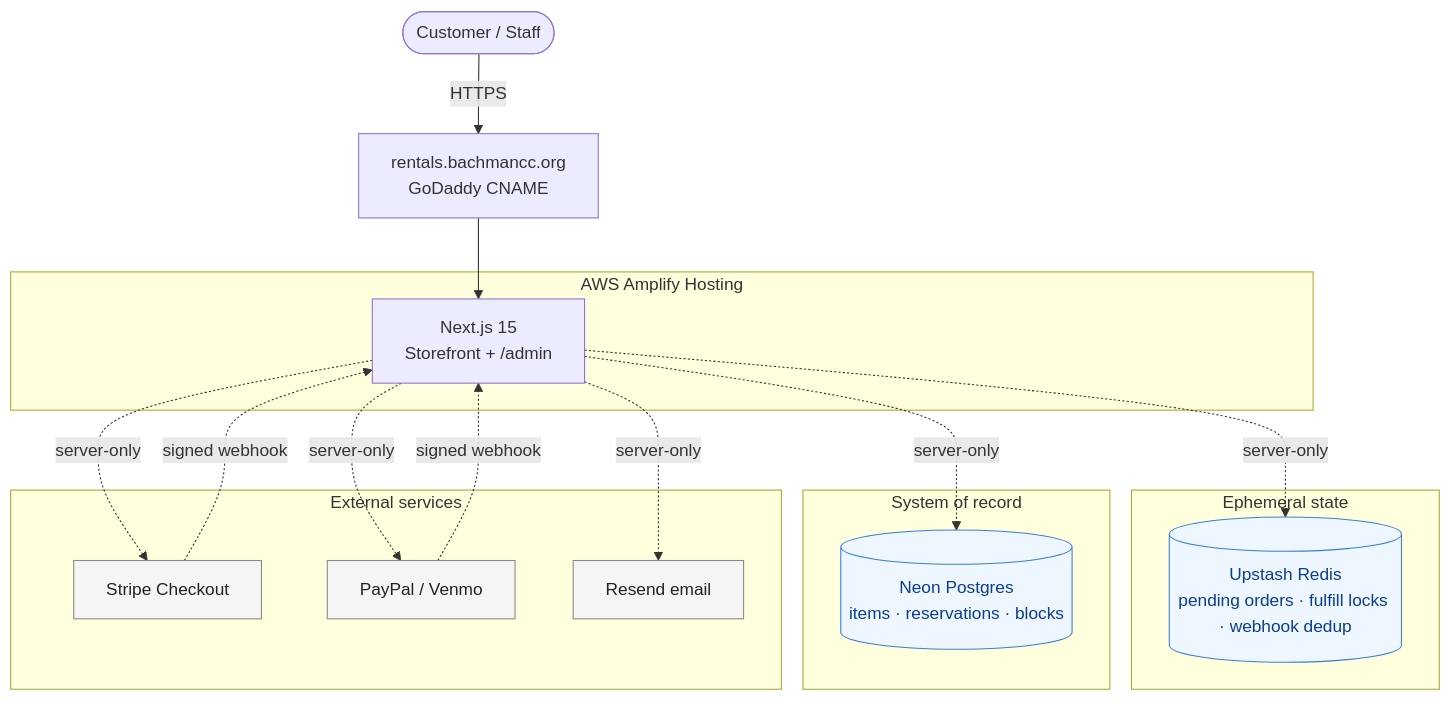
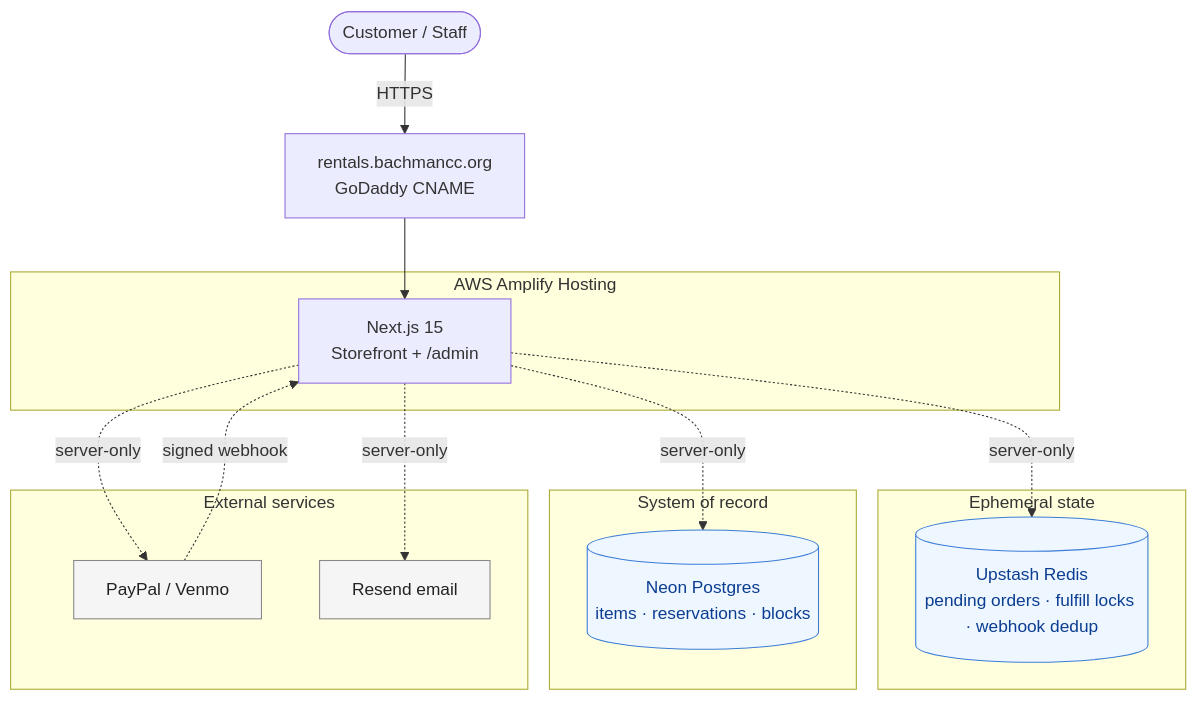
The diagram in docs/EXECUTION_PLAN.md (thedavidhanks/bcc-rentals-frontend), drawn with Mermaid before and after one commit. The commit also changed other lines of this file, not shown here.

````diff
--- a/docs/EXECUTION_PLAN.md
+++ b/docs/EXECUTION_PLAN.md
@@ -28,38 +27,35 @@
 ```mermaid
 flowchart TD
     User([Customer / Staff])
     DNS[rentals.bachmancc.org<br/>GoDaddy CNAME]
 
     subgraph Amplify["AWS Amplify Hosting"]
         App[Next.js 15<br/>Storefront + /admin]
     end
 
     subgraph Ephemeral["Ephemeral state"]
         Redis[(Upstash Redis<br/>pending orders · fulfill locks · webhook dedup)]
     end
 
     subgraph Durable["System of record"]
         Neon[(Neon Postgres<br/>items · reservations · blocks)]
     end
 
     subgraph External["External services"]
-        Stripe[Stripe Checkout]
         PayPal[PayPal / Venmo]
         Resend[Resend email]
     end
 
     User -->|HTTPS| DNS
     DNS --> App
     App -.server-only.-> Redis
     App -.server-only.-> Neon
-    App -.server-only.-> Stripe
     App -.server-only.-> PayPal
     App -.server-only.-> Resend
-    Stripe -.signed webhook.-> App
     PayPal -.signed webhook.-> App
 
     classDef ext fill:#f5f5f5,stroke:#888,color:#222
     classDef store fill:#eef6ff,stroke:#3b7dd8,color:#0b3d91
-    class Stripe,PayPal,Resend ext
+    class PayPal,Resend ext
     class Redis,Neon store
 ```
````
